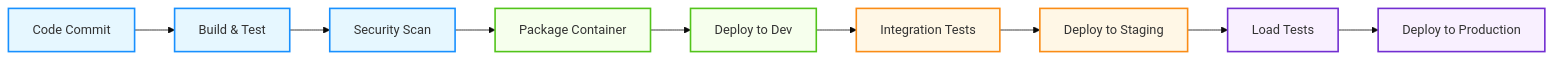
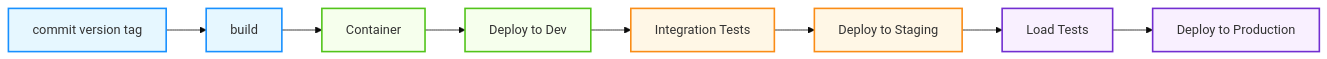
The third of 4 diagrams in README.md (hrishin/devops), drawn with Mermaid (base theme) before and after one commit. The commit also changed other lines of this file, not shown here.

Commit message:
Updates the plan

````diff
--- a/README.md
+++ b/README.md
@@ -80,21 +95,20 @@
 ```mermaid
 flowchart LR
-    commit[Code Commit] --> build[Build & Test]
-    build --> scan[Security Scan]
-    scan --> package[Package Container]
+    tag[commit version tag] --> build
+    build --> package[Container]
     package --> devdeploy[Deploy to Dev]
     devdeploy --> integration[Integration Tests]
     integration --> stagingdeploy[Deploy to Staging]
     stagingdeploy --> load[Load Tests]
     load --> proddeploy[Deploy to Production]
     
     classDef blue fill:#e6f7ff,stroke:#1890ff,stroke-width:2px
     classDef green fill:#f6ffed,stroke:#52c41a,stroke-width:2px
     classDef orange fill:#fff7e6,stroke:#fa8c16,stroke-width:2px
     classDef purple fill:#f9f0ff,stroke:#722ed1,stroke-width:2px
     
-    class commit,build,scan blue
+    class tag,build,scan blue
     class package,devdeploy green
     class integration,stagingdeploy orange
     class load,proddeploy purple
 ```
````
